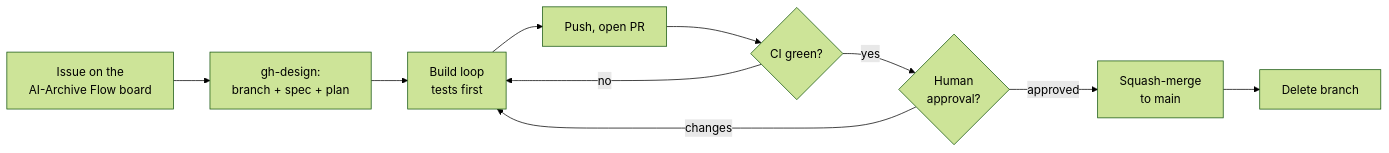
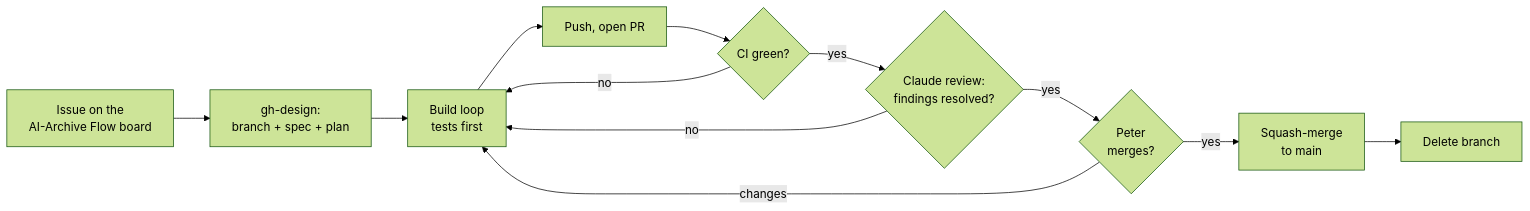
The first of 2 diagrams in docs/onboarding/development-workflow.md (futurememorylab/ai-archive), drawn with Mermaid (forest theme) before and after one commit. The commit also changed other lines of this file and 4 other files, not shown here.

````diff
--- a/docs/onboarding/development-workflow.md
+++ b/docs/onboarding/development-workflow.md
@@ -13,12 +15,14 @@
 ```mermaid
 flowchart LR
     I["Issue on the<br/>AI-Archive Flow board"] --> D["gh-design:<br/>branch + spec + plan"]
     D --> L["Build loop<br/>tests first"]
     L --> P["Push, open PR"]
     P --> CI{"CI green?"}
     CI -- no --> L
-    CI -- yes --> R{"Human<br/>approval?"}
+    CI -- yes --> CR{"Claude review:<br/>findings resolved?"}
+    CR -- no --> L
+    CR -- yes --> R{"Peter<br/>merges?"}
     R -- changes --> L
-    R -- approved --> S["Squash-merge<br/>to main"]
+    R -- yes --> S["Squash-merge<br/>to main"]
     S --> X["Delete branch"]
 ```
````
